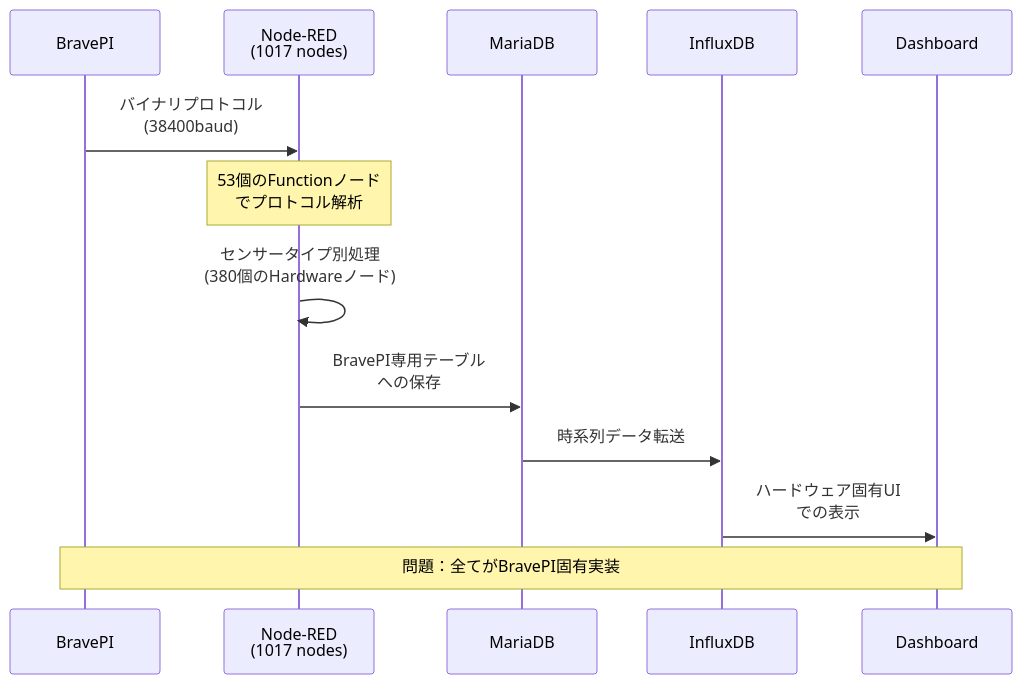
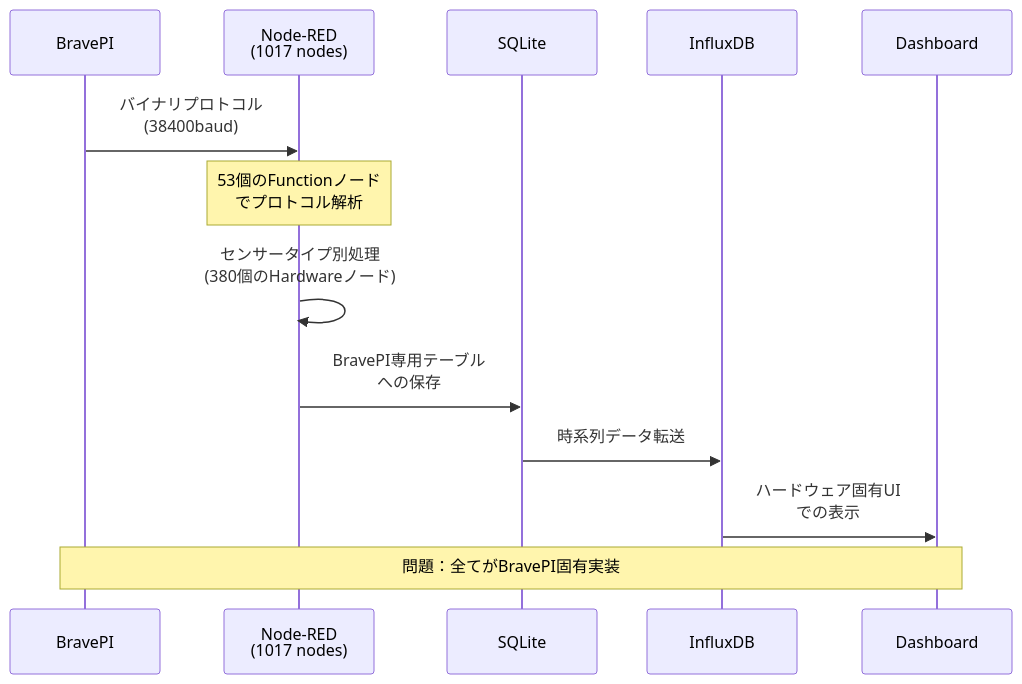
One commit to w-pinkietech/iot4-copy changed the ninth of 12 diagrams in docs/new-system/architecture/system-overview-diagrams.md. Above: the diagram before and after it, drawn with Mermaid. The commit also changed other lines of this file and 11 other files, not shown here.

````diff
--- a/docs/new-system/architecture/system-overview-diagrams.md
+++ b/docs/new-system/architecture/system-overview-diagrams.md
@@ -533,17 +533,17 @@
 ```mermaid
 sequenceDiagram
     participant BravePI
     participant NodeRED as Node-RED<br/>(1017 nodes)
-    participant MariaDB
+    participant SQLite
     participant InfluxDB
     participant Dashboard
     
     BravePI->>NodeRED: バイナリプロトコル<br/>(38400baud)
     Note over NodeRED: 53個のFunctionノード<br/>でプロトコル解析
     NodeRED->>NodeRED: センサータイプ別処理<br/>(380個のHardwareノード)
-    NodeRED->>MariaDB: BravePI専用テーブル<br/>への保存
-    MariaDB->>InfluxDB: 時系列データ転送
+    NodeRED->>SQLite: BravePI専用テーブル<br/>への保存
+    SQLite->>InfluxDB: 時系列データ転送
     InfluxDB->>Dashboard: ハードウェア固有UI<br/>での表示
     
     Note over BravePI,Dashboard: 問題：全てがBravePI固有実装
 ```
````
